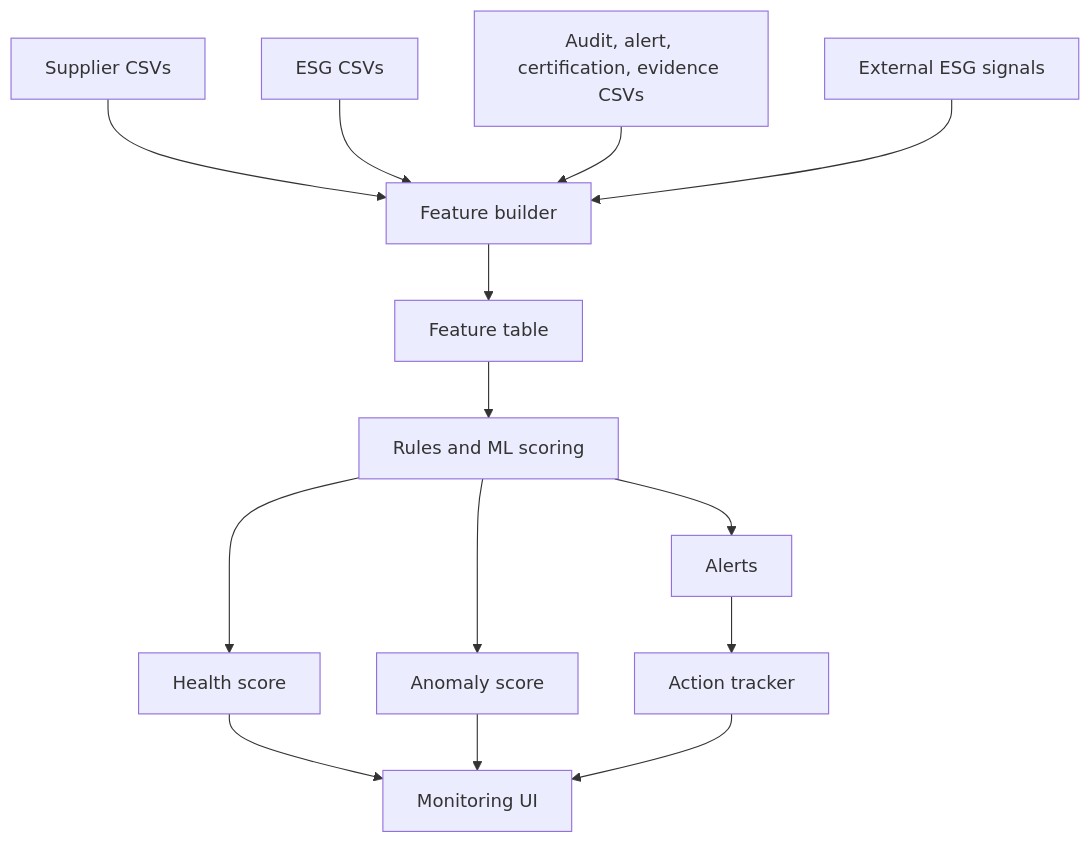
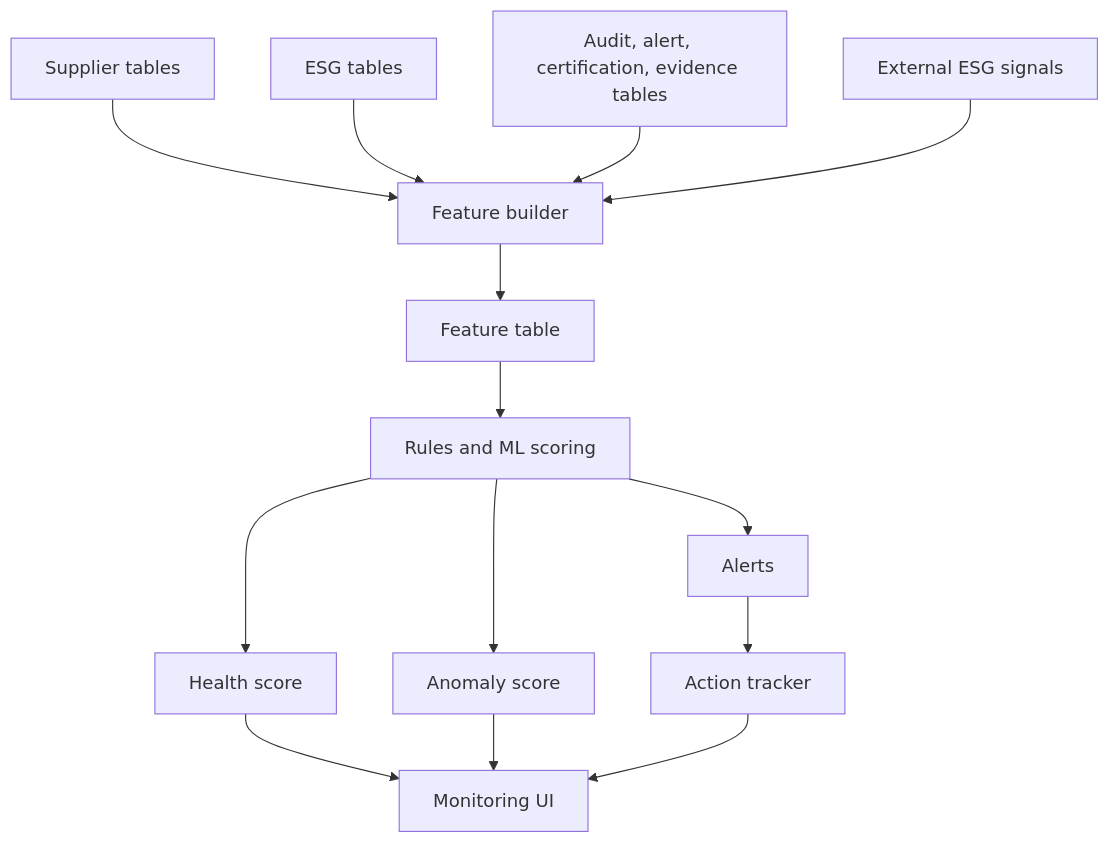
One commit to chaitu713/supplier-intelligence-react-v2 changed the fourth of 4 diagrams in docs/TECHNICAL_DOCUMENTATION.md. Above: the diagram before and after it, drawn with Mermaid. The commit also changed other lines of this file and 61 other files, not shown here.

````diff
--- a/docs/TECHNICAL_DOCUMENTATION.md
+++ b/docs/TECHNICAL_DOCUMENTATION.md
@@ -727,16 +720,16 @@
 ```mermaid
 flowchart TB
-    A["Supplier CSVs"] --> D["Feature builder"]
-    B["ESG CSVs"] --> D
-    C["Audit, alert, certification, evidence CSVs"] --> D
+    A["Supplier tables"] --> D["Feature builder"]
+    B["ESG tables"] --> D
+    C["Audit, alert, certification, evidence tables"] --> D
     E["External ESG signals"] --> D
     D --> F["Feature table"]
     F --> G["Rules and ML scoring"]
     G --> H["Health score"]
     G --> I["Anomaly score"]
     G --> J["Alerts"]
     J --> K["Action tracker"]
     H --> L["Monitoring UI"]
     I --> L
     K --> L
 ```
````
